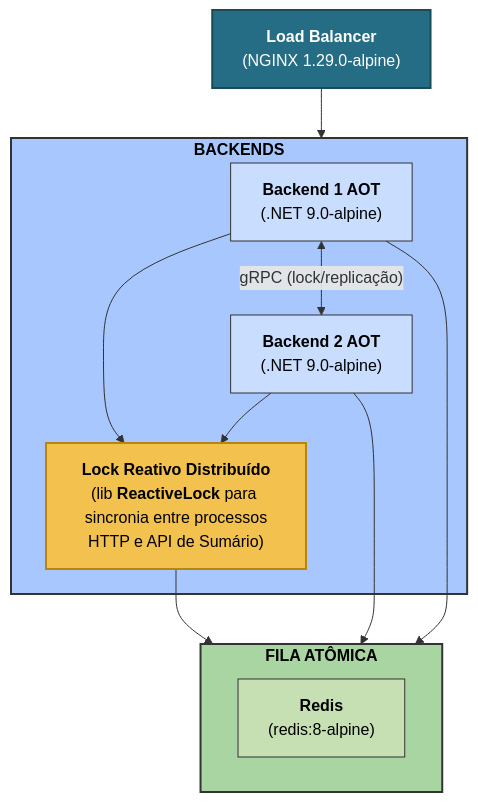
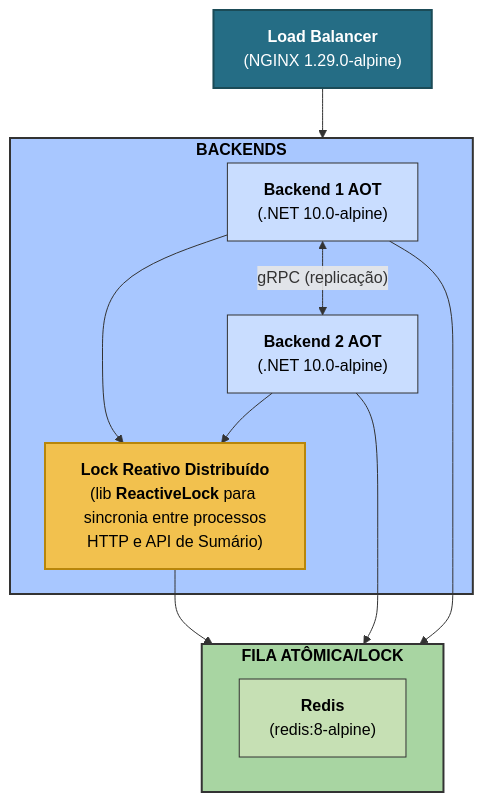
Before and after one commit to micheloliveira-com/rinha-de-backend-2025-dotnet-csharp-redis-grpc: the diagram in README.md, drawn with Mermaid. The commit also changed other lines of this file and 11 other files, not shown here.

````diff
--- a/README.md
+++ b/README.md
@@ -48,41 +47,41 @@
 ```mermaid
 graph TD
   loadBalancer["<b>Load Balancer</b><br />(NGINX 1.29.0-alpine)"]
 
   subgraph backendsGroup["<b>BACKENDS</b>"]
-    backend1["<b>Backend 1 AOT</b><br />(.NET 9.0-alpine)"]
-    backend2["<b>Backend 2 AOT</b><br />(.NET 9.0-alpine)"]
+    backend1["<b>Backend 1 AOT</b><br />(.NET 10.0-alpine)"]
+    backend2["<b>Backend 2 AOT</b><br />(.NET 10.0-alpine)"]
     reactiveLock["<b>Lock Reativo Distribuído</b><br/>(lib <b>ReactiveLock</b> para sincronia entre processos<br/>HTTP e API de Sumário)"]
   end
 
-  subgraph storageGroup["<b>FILA ATÔMICA</b>"]
+  subgraph storageGroup["<b>FILA ATÔMICA/LOCK</b>"]
     redis["<b>Redis</b><br />(redis:8-alpine)"]
   end
 
   loadBalancer --> backendsGroup
 
   backend1 --> storageGroup
   backend2 --> storageGroup
 
   backend1 --> reactiveLock
   backend2 --> reactiveLock
 
   reactiveLock --> storageGroup
 
   %% Comunicação gRPC entre APIs
-  backend1 <--> |"gRPC (lock/replicação)"| backend2
+  backend1 <--> |"gRPC (replicação)"| backend2
 
   classDef invisible fill:none,stroke:none;
 
   %% Estilos de cor
   style loadBalancer fill:#256D85,stroke:#1B4B57,stroke-width:2px,color:#FFFFFF
 
   style backendsGroup fill:#a8c7ff,stroke:#333,stroke-width:2px,color:#000
   style backend1 fill:#c9ddff,stroke:#333,stroke-width:1px,color:#000
   style backend2 fill:#c9ddff,stroke:#333,stroke-width:1px,color:#000
   style reactiveLock fill:#f2c14e,stroke:#b8860b,stroke-width:2px,color:#000
 
   style storageGroup fill:#a8d5a2,stroke:#333,stroke-width:2px,color:#000
   style redis fill:#c6e0b4,stroke:#333,stroke-width:1px,color:#000
 
 ```
````
